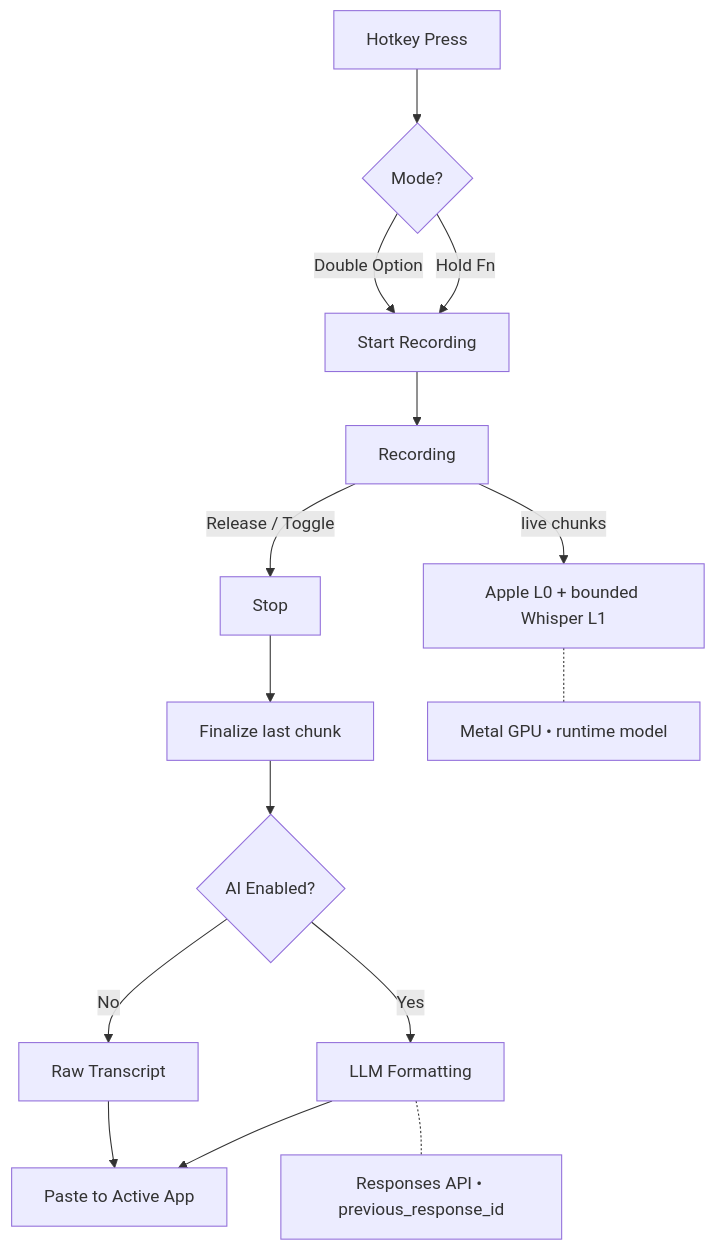
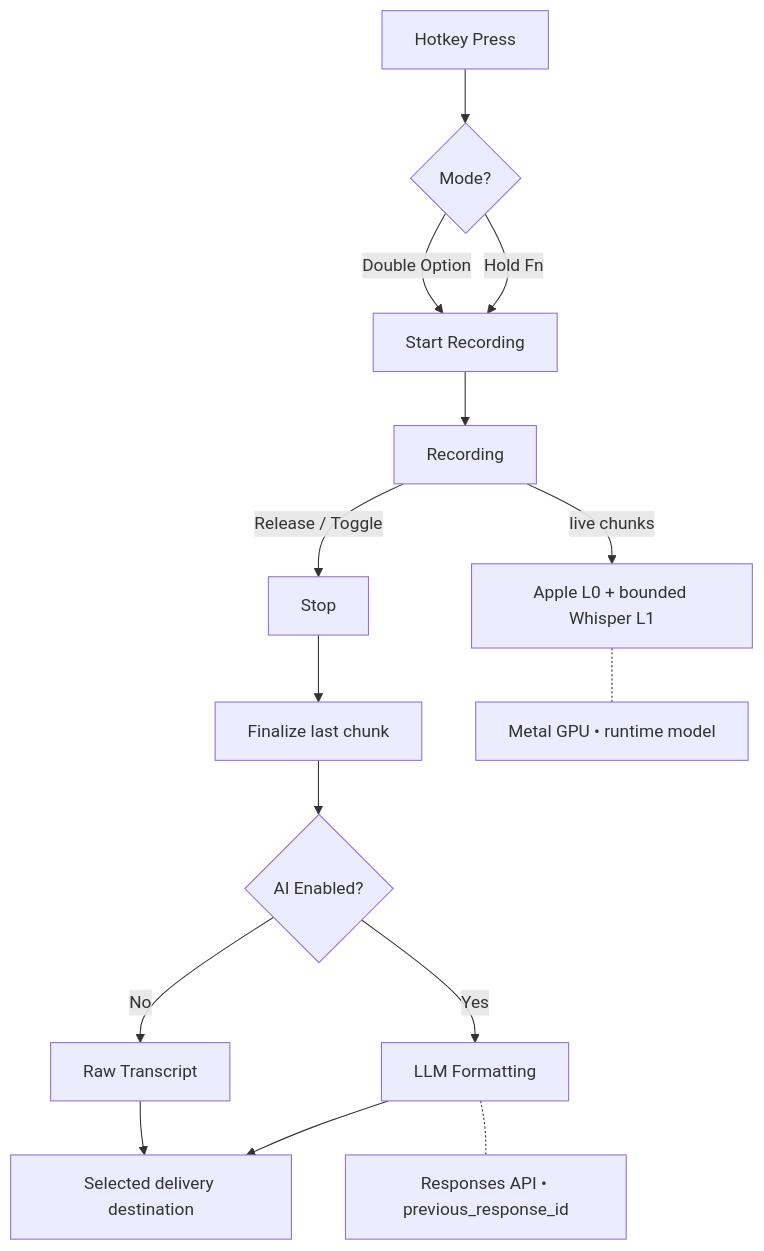
Before and after one commit to vetcoders/codescribe: the second of 2 diagrams in README.md, drawn with Mermaid. The commit also changed other lines of this file and 283 other files, not shown here.

````diff
--- a/README.md
+++ b/README.md
@@ -229,18 +239,18 @@
 ```mermaid
 flowchart TD
     A[Hotkey Press] --> B{Mode?}
     B -->|Hold Fn| C[Start Recording]
     B -->|Double Option| C
     C --> D[Recording]
     D -->|live chunks| E["Apple L0 + bounded Whisper L1"]
     D -->|Release / Toggle| F[Stop]
     F --> G[Finalize last chunk]
     G --> H{AI Enabled?}
     H -->|Yes| I[LLM Formatting]
     H -->|No| J[Raw Transcript]
-    I --> K[Paste to Active App]
+    I --> K[Selected delivery destination]
     J --> K
 
     E -.- E1["Metal GPU • runtime model"]
     I -.- I1["Responses API • previous_response_id"]
 ```
````
